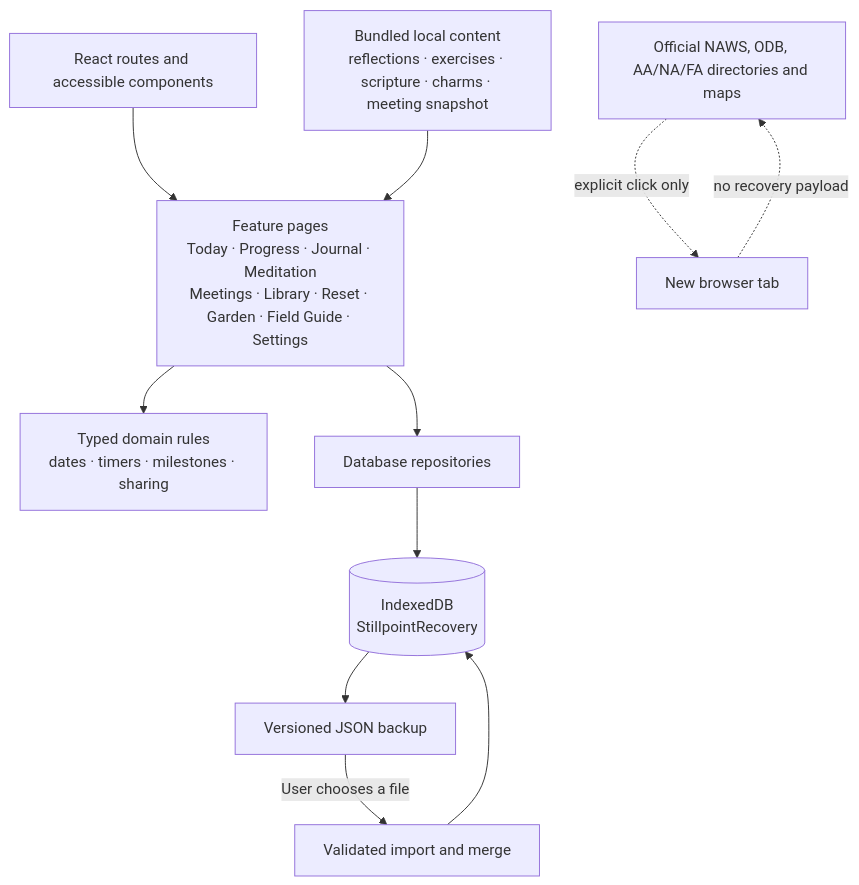
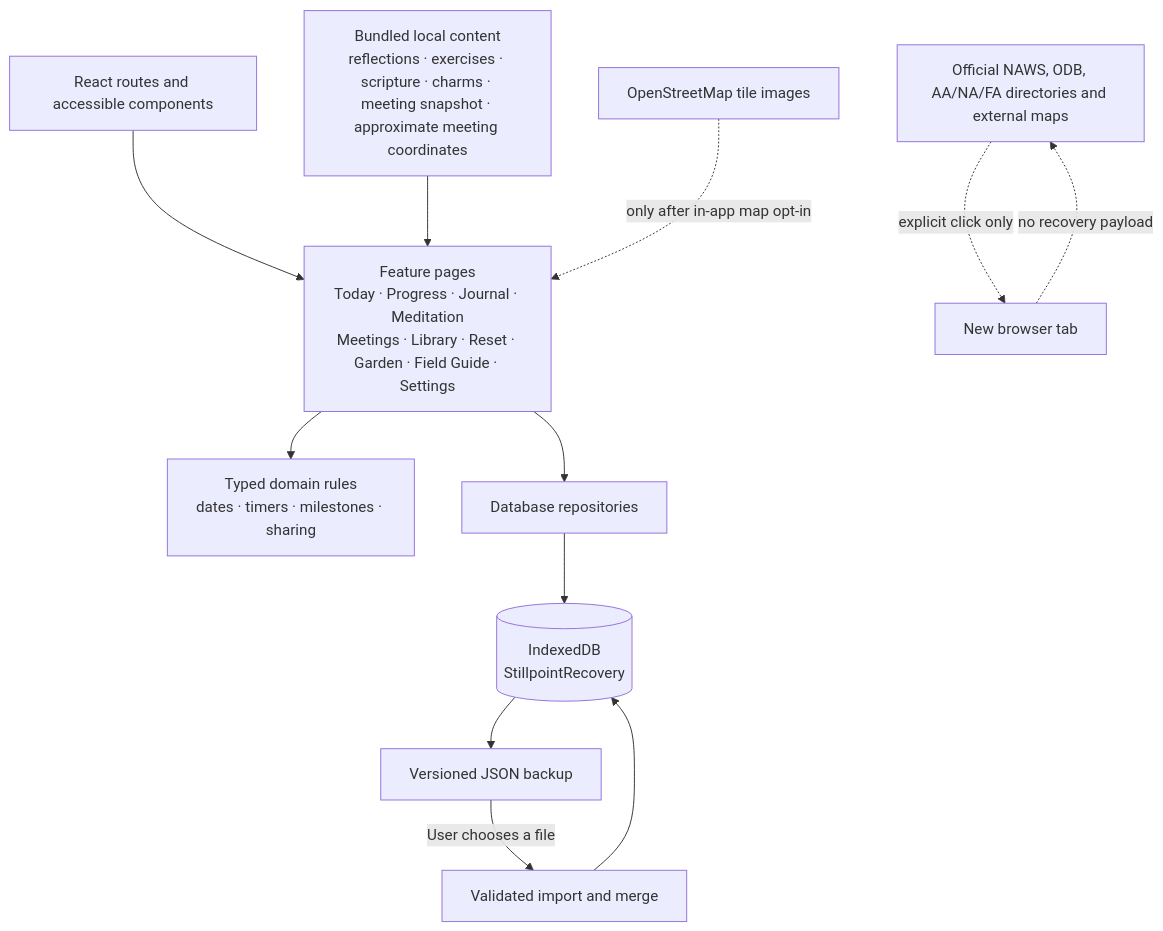
One commit to mcochranca-code/stillpoint-recovery changed the second of 4 diagrams in README.md. Above: the diagram before and after it, drawn with Mermaid. The commit also changed other lines of this file and 16 other files, not shown here.

Commit message:
Add opt-in meeting map and Zoom filters

````diff
--- a/README.md
+++ b/README.md
@@ -134,13 +134,14 @@
 ```mermaid
 flowchart TD
     UI[React routes and accessible components] --> Features[Feature pages\nToday · Progress · Journal · Meditation\nMeetings · Library · Reset · Garden · Field Guide · Settings]
     Features --> Domain[Typed domain rules\ndates · timers · milestones · sharing]
     Features --> Repositories[Database repositories]
     Repositories --> IndexedDB[(IndexedDB\nStillpointRecovery)]
-    Static[Bundled local content\nreflections · exercises · scripture · charms · meeting snapshot] --> Features
+    Static[Bundled local content\nreflections · exercises · scripture · charms · meeting snapshot · approximate meeting coordinates] --> Features
     IndexedDB --> Backup[Versioned JSON backup]
     Backup -->|User chooses a file| Restore[Validated import and merge]
     Restore --> IndexedDB
-    External[Official NAWS, ODB, AA/NA/FA directories and maps] -. explicit click only .-> Browser[New browser tab]
+    External[Official NAWS, ODB, AA/NA/FA directories and external maps] -. explicit click only .-> Browser[New browser tab]
     Browser -. no recovery payload .-> External
+    MapTiles[OpenStreetMap tile images] -. only after in-app map opt-in .-> Features
 ```
````
